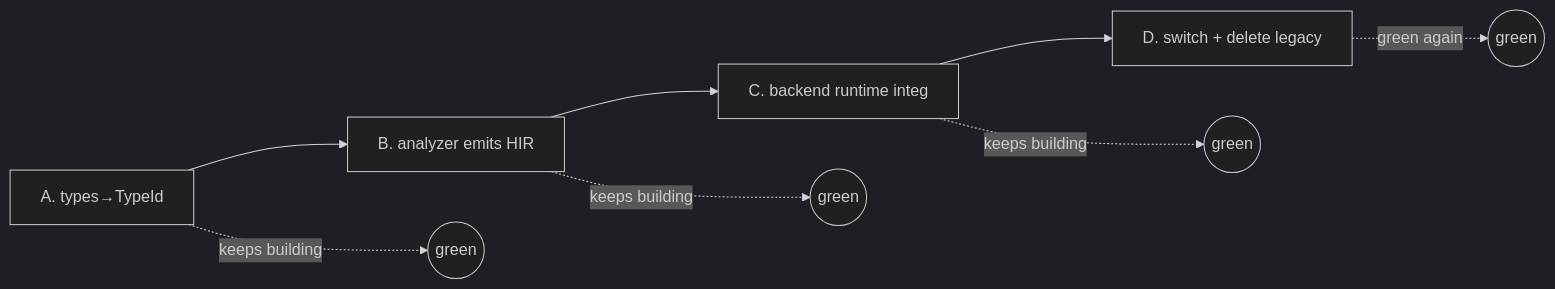
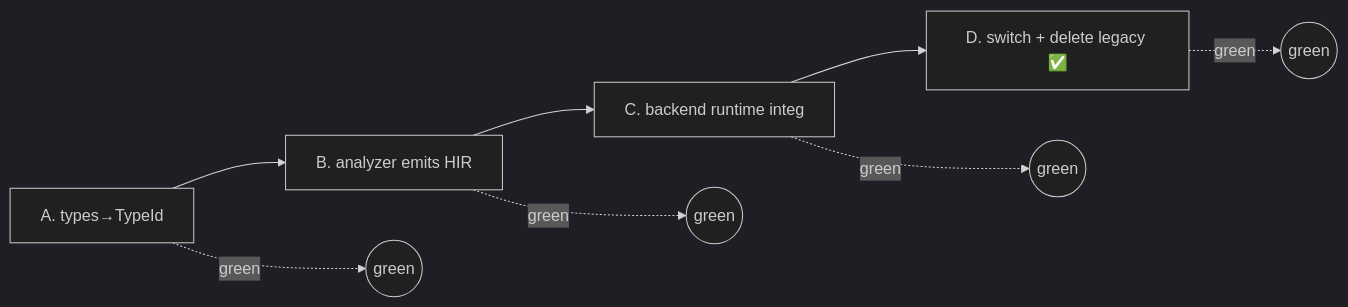
The third of 3 diagrams in design/compiler/09-migration-status.md (sps014/MinLang), drawn with Mermaid (dark theme) before and after one commit. The commit also changed other lines of this file and 16 other files, not shown here.

First line of the commit message:
refactor: finalize transition to MIR backend and remove legacy components

````diff
--- a/design/compiler/09-migration-status.md
+++ b/design/compiler/09-migration-status.md
@@ -650,8 +658,8 @@
 ```mermaid
 flowchart LR
-    A[A. types→TypeId] --> B[B. analyzer emits HIR] --> C[C. backend runtime integ] --> D[D. switch + delete legacy]
-    A -.keeps building.-> g1((green))
-    B -.keeps building.-> g2((green))
-    C -.keeps building.-> g3((green))
-    D -.green again.-> g4((green))
+    A[A. types→TypeId] --> B[B. analyzer emits HIR] --> C[C. backend runtime integ] --> D[D. switch + delete legacy ✅]
+    A -.green.-> g1((green))
+    B -.green.-> g2((green))
+    C -.green.-> g3((green))
+    D -.green.-> g4((green))
 ```
````
